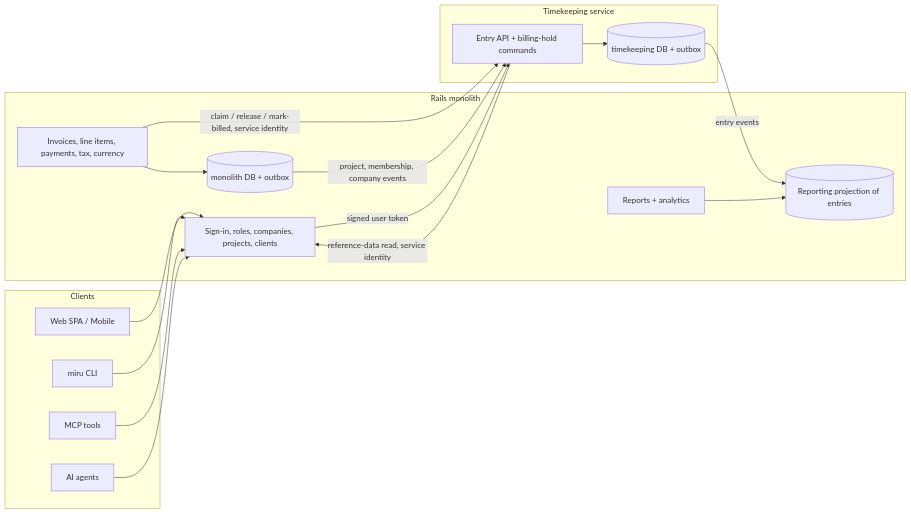
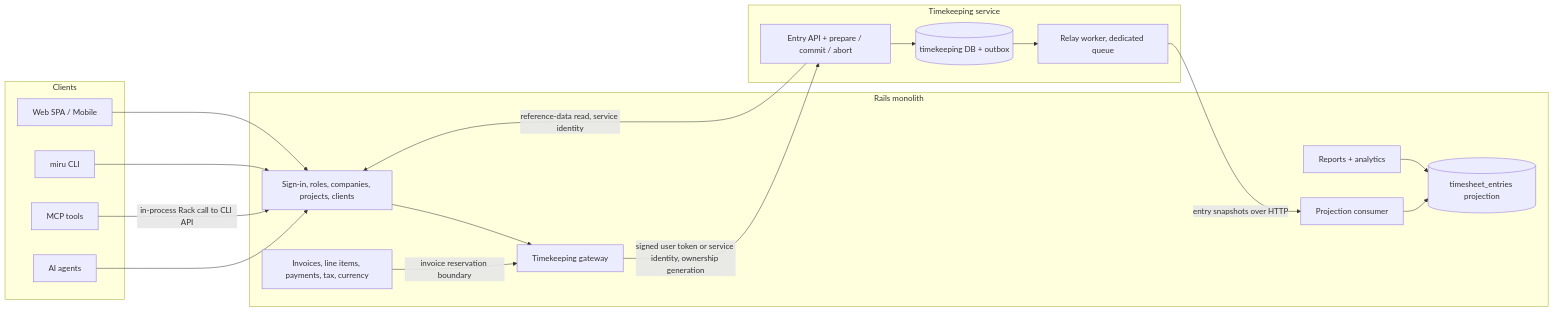
The second of 4 diagrams in docs/architecture/timekeeping-soa.md (Homie-Improvement/miru), drawn with Mermaid before and after one commit. The commit also changed other lines of this file, not shown here.

First line of the commit message:
docs(timekeeping): rewrite boundary, contracts and tenancy sections

````diff
--- a/docs/architecture/timekeeping-soa.md
+++ b/docs/architecture/timekeeping-soa.md
@@ -249,32 +255,35 @@
 ```mermaid
 flowchart LR
   subgraph Clients
     Web[Web SPA / Mobile]
     CLI[miru CLI]
     MCP[MCP tools]
     Agent[AI agents]
   end
   subgraph Monolith["Rails monolith"]
     AUTH[Sign-in, roles, companies, projects, clients]
+    GW[Timekeeping gateway]
     BILL[Invoices, line items, payments, tax, currency]
     REP[Reports + analytics]
-    PROJ[(Reporting projection of entries)]
-    MOB[(monolith DB + outbox)]
+    PC[Projection consumer]
+    PROJ[(timesheet_entries projection)]
   end
   subgraph TK["Timekeeping service"]
-    API[Entry API + billing-hold commands]
+    API[Entry API + prepare / commit / abort]
     TDB[(timekeeping DB + outbox)]
+    RELAY[Relay worker, dedicated queue]
   end
   Web --> AUTH
   CLI --> AUTH
-  MCP --> AUTH
+  MCP -->|in-process Rack call to CLI API| AUTH
   Agent --> AUTH
-  AUTH -->|signed user token| API
-  BILL -->|claim / release / mark-billed, service identity| API
+  AUTH --> GW
+  BILL -->|invoice reservation boundary| GW
+  GW -->|signed user token or service identity, ownership generation| API
   API -->|reference-data read, service identity| AUTH
-  TDB -->|entry events| PROJ
-  MOB -->|project, membership, company events| API
+  API --> TDB
+  TDB --> RELAY
+  RELAY -->|entry snapshots over HTTP| PC
+  PC --> PROJ
   REP --> PROJ
-  BILL --> MOB
-  API --> TDB
 ```
````
